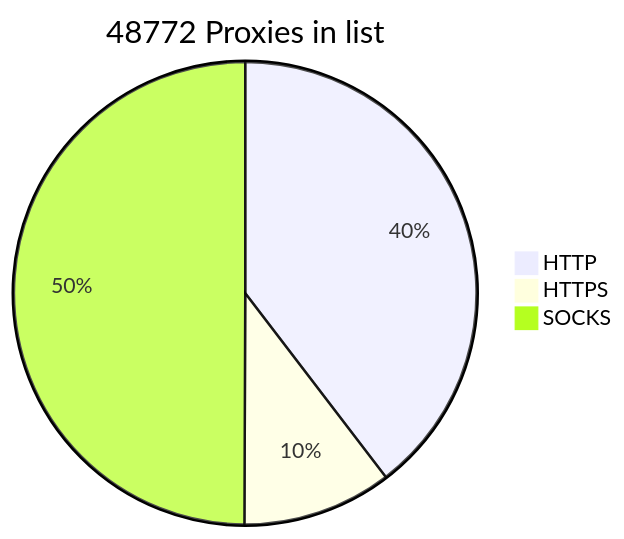
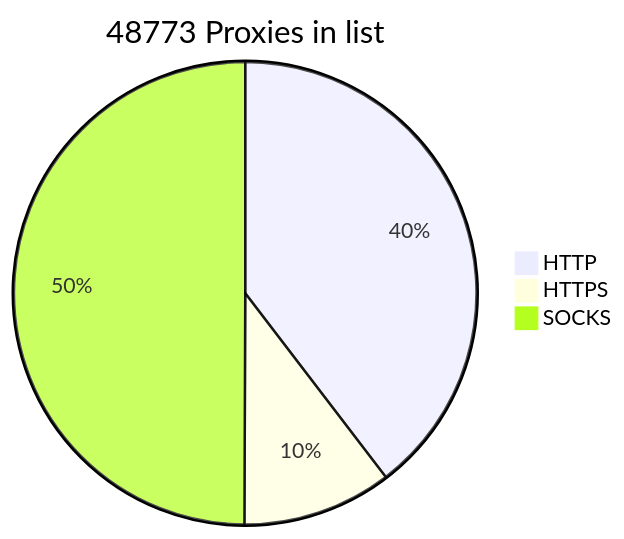
One commit to BlackSnowDot/proxylist-update-every-minute changed the diagram in README.md. Above: the diagram before and after it, drawn with Mermaid.

````diff
--- a/README.md
+++ b/README.md
@@ -2,6 +2,6 @@
 ```mermaid
-pie title 48772 Proxies in list
+pie title 48773 Proxies in list
     "HTTP" : 21278
     "HTTPS": 5615
-    "SOCKS" : 26833
+    "SOCKS" : 26834
 ```
````
